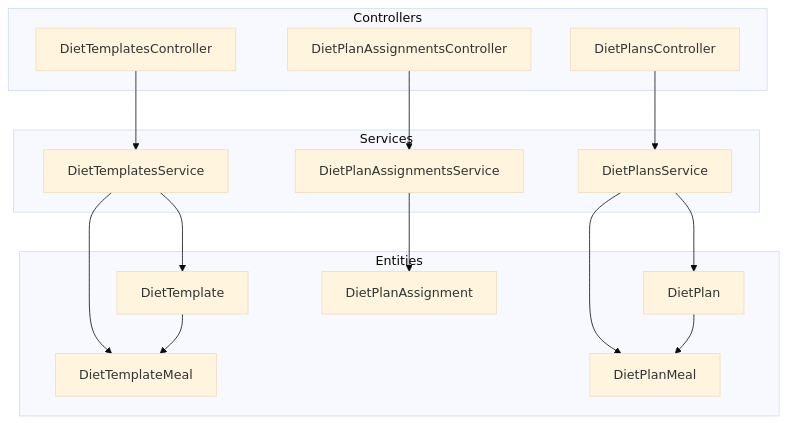
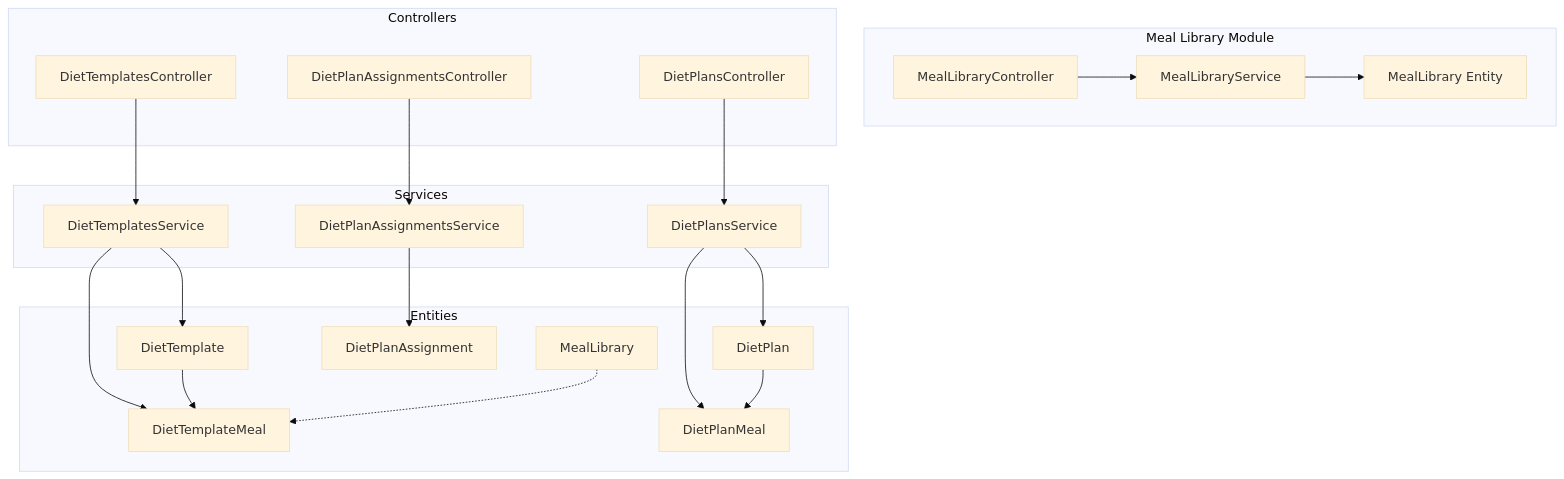
The first of 9 diagrams in .qoder/repowiki/en/content/Core Modules & Features/Nutrition Programs/Meal Library Management.md (macintoshUserchg/nest_js_gym_backend_current), drawn with Mermaid (base theme) before and after one commit. The commit also changed other lines of this file and 6 other files, not shown here.

````diff
--- a/.qoder/repowiki/en/content/Core Modules & Features/Nutrition Programs/Meal Library Management.md
+++ b/.qoder/repowiki/en/content/Core Modules & Features/Nutrition Programs/Meal Library Management.md
@@ -42,30 +60,39 @@
 ```mermaid
 graph TB
+subgraph "Meal Library Module"
+MLC["MealLibraryController"]
+MLS["MealLibraryService"]
+MLE["MealLibrary Entity"]
+end
 subgraph "Controllers"
 C1["DietPlansController"]
 C2["DietTemplatesController"]
 C3["DietPlanAssignmentsController"]
 end
 subgraph "Services"
 S1["DietPlansService"]
 S2["DietTemplatesService"]
 S3["DietPlanAssignmentsService"]
 end
 subgraph "Entities"
 E1["DietTemplate"]
 E2["DietTemplateMeal"]
 E3["DietPlan"]
 E4["DietPlanMeal"]
 E5["DietPlanAssignment"]
+E6["MealLibrary"]
 end
+MLC --> MLS
+MLS --> MLE
 C1 --> S1
 C2 --> S2
 C3 --> S3
 S1 --> E3
 S1 --> E4
 S2 --> E1
 S2 --> E2
 S3 --> E5
 E1 --> E2
 E3 --> E4
+E6 -.-> E2
 ```
````
